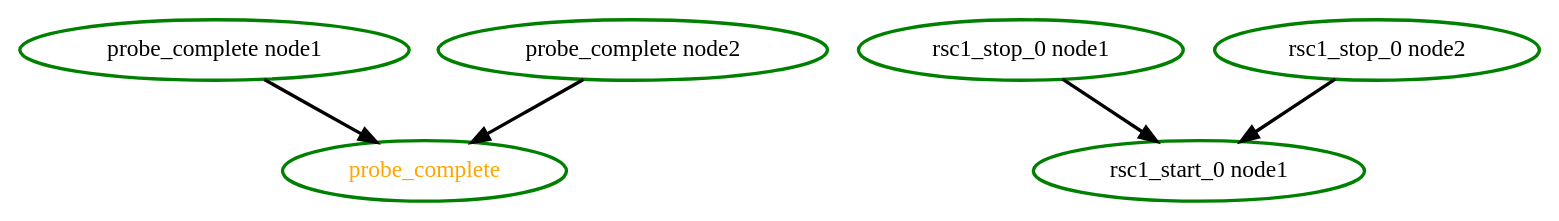
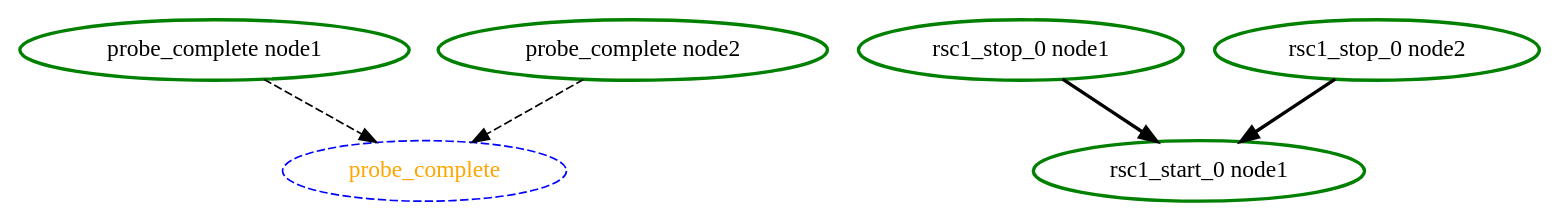
One commit to richiewen8/heartbeat changed the diagram in crm/pengine/testcases/multi1.dot. Above: the diagram before and after it, drawn with Graphviz. The commit also changed 93 other files, not shown here.

First line of the commit message:
OSDL #1252: Resources are not probed for when added    Probe any resource on any node that has not already been checked for.    This includes resources that were just added to the configuration. Update testcase outputs

```diff
--- a/crm/pengine/testcases/multi1.dot
+++ b/crm/pengine/testcases/multi1.dot
@@ -1,13 +1,13 @@
 digraph "g" {
 	size = "30,30"
-"probe_complete" [ style=bold color="green" fontcolor="orange" ]
+"probe_complete" [ style="dashed" color="blue" fontcolor="orange" ]
 "probe_complete node1" [ style=bold color="green" fontcolor="black" ]
 "probe_complete node2" [ style=bold color="green" fontcolor="black" ]
 "rsc1_stop_0 node1" [ style=bold color="green" fontcolor="black" ]
 "rsc1_stop_0 node2" [ style=bold color="green" fontcolor="black" ]
 "rsc1_start_0 node1" [ style=bold color="green" fontcolor="black" ]
-"probe_complete node1" -> "probe_complete" [ style = bold]
-"probe_complete node2" -> "probe_complete" [ style = bold]
+"probe_complete node1" -> "probe_complete" [ style = dashed]
+"probe_complete node2" -> "probe_complete" [ style = dashed]
 "rsc1_stop_0 node1" -> "rsc1_start_0 node1" [ style = bold]
 "rsc1_stop_0 node2" -> "rsc1_start_0 node1" [ style = bold]
 }
```
